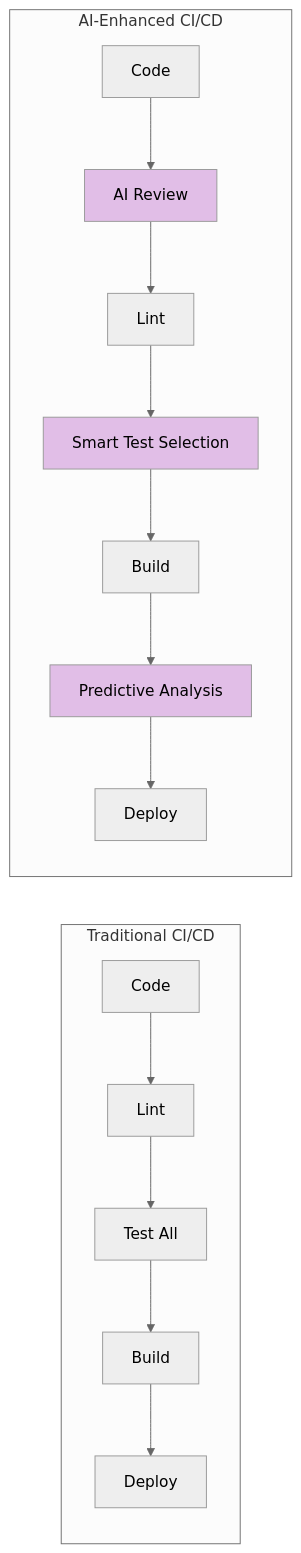
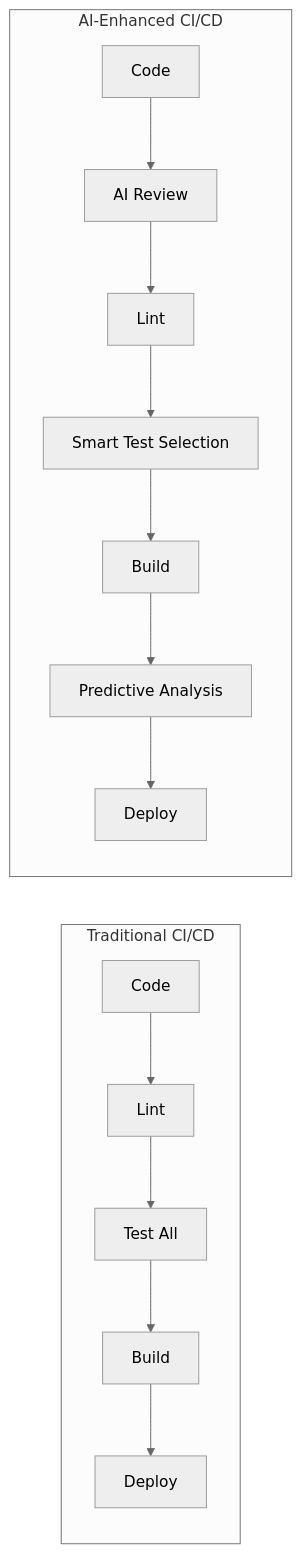
The first of 2 diagrams in docs/cicd/ai-in-cicd.md (shivam-g-mishra/blog), drawn with Mermaid before and after one commit. The commit also changed other lines of this file and 23 other files, not shown here.

First line of the commit message:
fix: improve Mermaid diagram visibility in dark mode

````diff
--- a/docs/cicd/ai-in-cicd.md
+++ b/docs/cicd/ai-in-cicd.md
@@ -58,23 +58,19 @@
 ```mermaid
 %%{init: {'theme': 'neutral'}}%%
 flowchart LR
     subgraph traditional["Traditional CI/CD"]
         C[Code] --> L[Lint]
         L --> T[Test All]
         T --> B[Build]
         B --> D[Deploy]
     end
     
     subgraph ai_enhanced["AI-Enhanced CI/CD"]
         C2[Code] --> AI1[AI Review]
         AI1 --> L2[Lint]
         L2 --> AI2[Smart Test Selection]
         AI2 --> B2[Build]
         B2 --> AI3[Predictive Analysis]
         AI3 --> D2[Deploy]
     end
-    
-    style AI1 fill:#e1bee7
-    style AI2 fill:#e1bee7
-    style AI3 fill:#e1bee7
 ```
````
